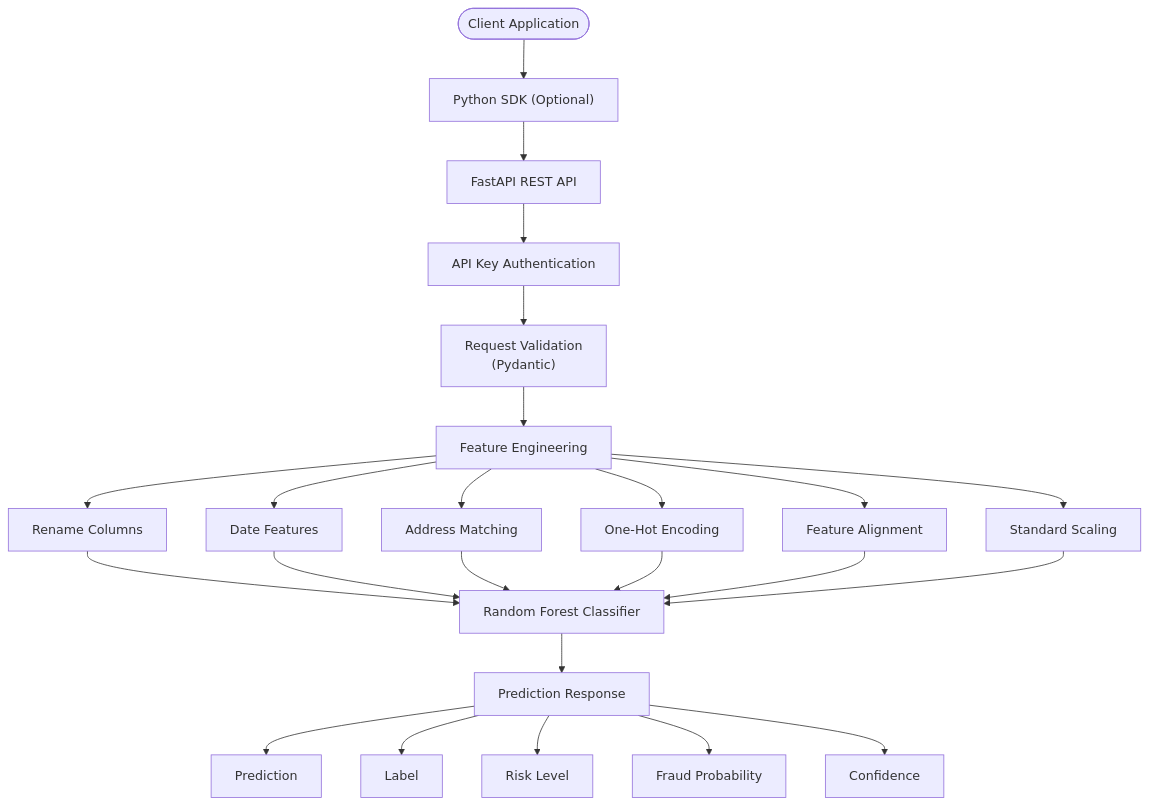
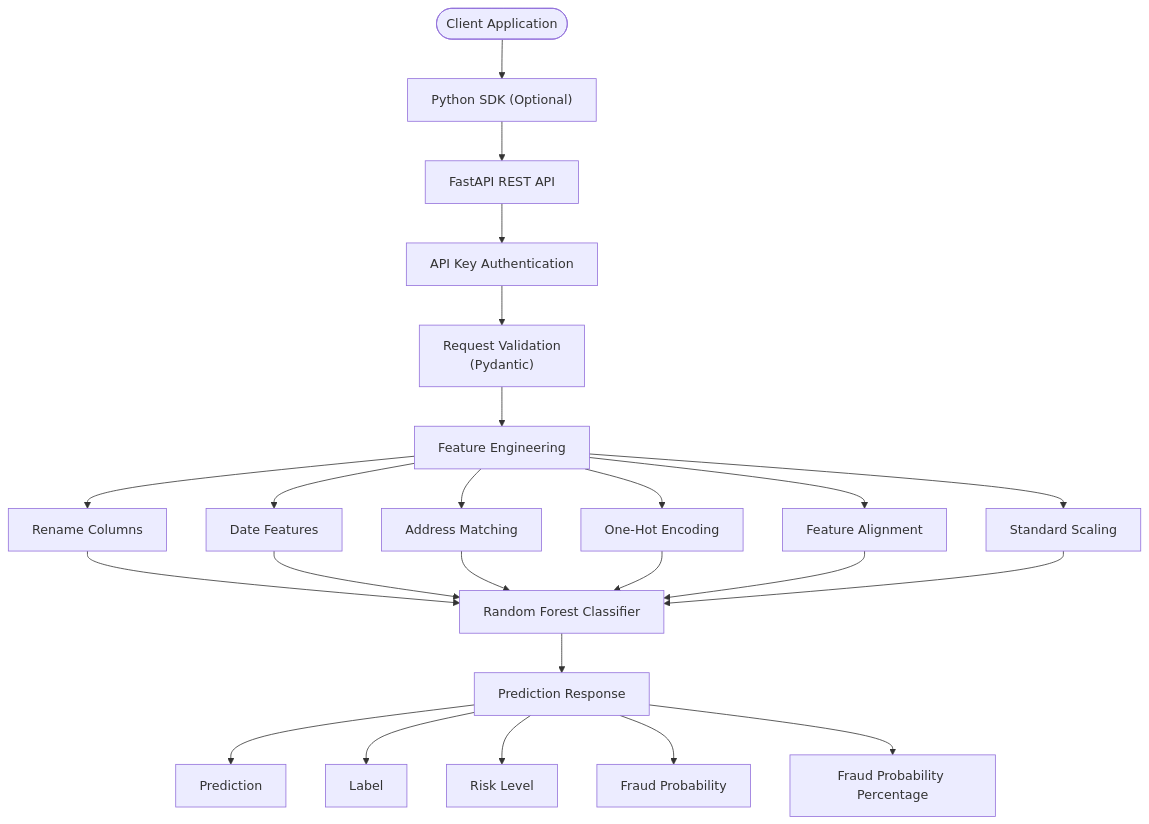
One commit to Bhav-creator452/order-risk-platform changed the diagram in README.md. Above: the diagram before and after it, drawn with Mermaid.

Commit message:
Renamed Confidence in Architecture chart

````diff
--- a/README.md
+++ b/README.md
@@ -46,32 +46,32 @@
 ```mermaid
 flowchart TD
     A(["Client Application"]) --> B["Python SDK (Optional)"]
     B --> C["FastAPI REST API"]
 
     C --> D["API Key Authentication"]
     D --> E["Request Validation<br/>(Pydantic)"]
     E --> F["Feature Engineering"]
 
     F --> F1["Rename Columns"]
     F --> F2["Date Features"]
     F --> F3["Address Matching"]
     F --> F4["One-Hot Encoding"]
     F --> F5["Feature Alignment"]
     F --> F6["Standard Scaling"]
 
     F1 --> G["Random Forest Classifier"]
     F2 --> G
     F3 --> G
     F4 --> G
     F5 --> G
     F6 --> G
 
     G --> H["Prediction Response"]
 
     H --> H1["Prediction"]
     H --> H2["Label"]
     H --> H3["Risk Level"]
     H --> H4["Fraud Probability"]
-    H --> H5["Confidence"]
+    H --> H5["Fraud Probability Percentage"]
 
 ```
````
